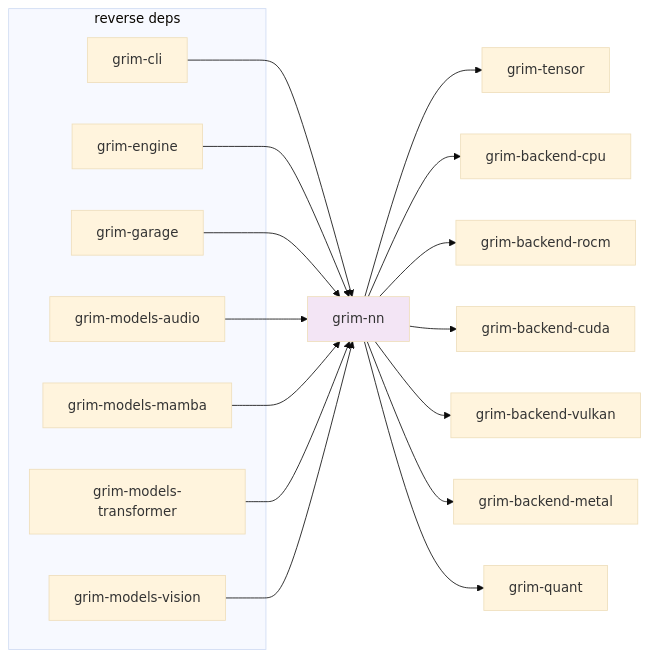
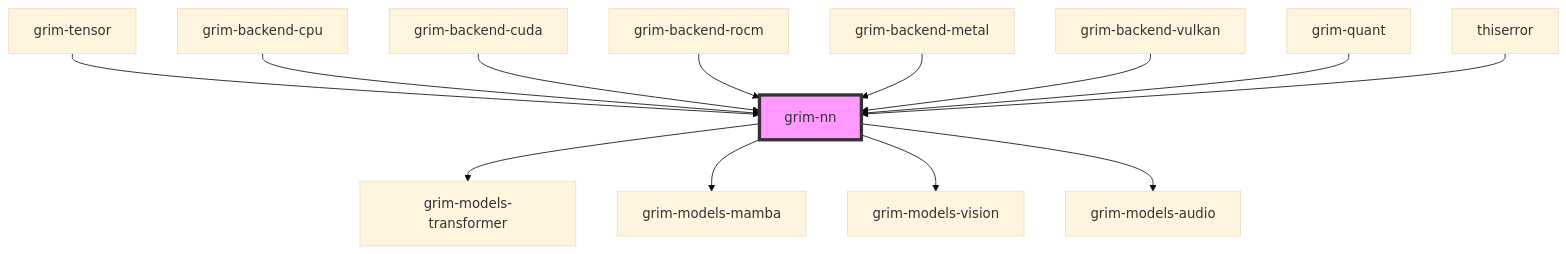
The diagram in crates/grim-nn/README.md (sydonayrex/grim), drawn with Mermaid (base theme) before and after one commit. The commit also changed other lines of this file and 53 other files, not shown here.

````diff
--- a/crates/grim-nn/README.md
+++ b/crates/grim-nn/README.md
@@ -17,30 +13,21 @@
 ```mermaid
-graph LR
-    A[grim-nn] --> B[grim-tensor]
-    A --> C[grim-backend-cpu]
-    A --> D[grim-backend-rocm]
-    A --> E[grim-backend-cuda]
-    A --> F[grim-backend-vulkan]
-    A --> G[grim-backend-metal]
-    A --> H[grim-quant]
-
-    subgraph "reverse deps"
-        I1[grim-cli]
-        I2[grim-engine]
-        I3[grim-garage]
-        I4[grim-models-audio]
-        I5[grim-models-mamba]
-        I6[grim-models-transformer]
-        I7[grim-models-vision]
-    end
-
-    I1 --> A
-    I2 --> A
-    I3 --> A
-    I4 --> A
-    I5 --> A
-    I6 --> A
-    I7 --> A
-
-    style A fill:#f3e5f5
+graph TD
+    A[grim-tensor] --> NN[grim-nn]
+    B[grim-backend-cpu] --> NN
+    C[grim-backend-cuda] --> NN
+    D[grim-backend-rocm] --> NN
+    E[grim-backend-metal] --> NN
+    F[grim-backend-vulkan] --> NN
+    G[grim-quant] --> NN
+    H[thiserror] --> NN
+    
+    NN --> T[grim-models-transformer]
+    NN --> M[grim-models-mamba]
+    NN --> V[grim-models-vision]
+    NN --> AU[grim-models-audio]
+    
+    classDef focus fill:#f9f,stroke:#333,stroke-width:4px;
+    class NN focus;
+    %% styling to force width > 480px
+    style NN padding:20px
 ```
````
